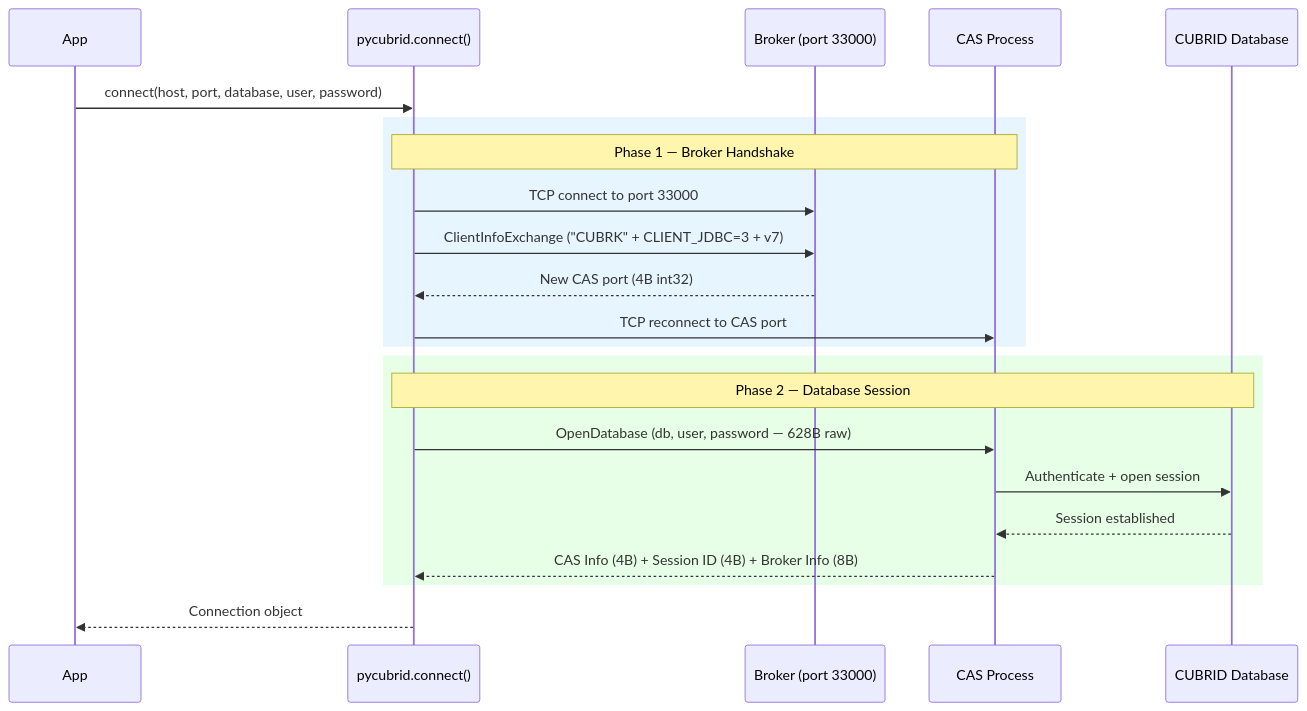
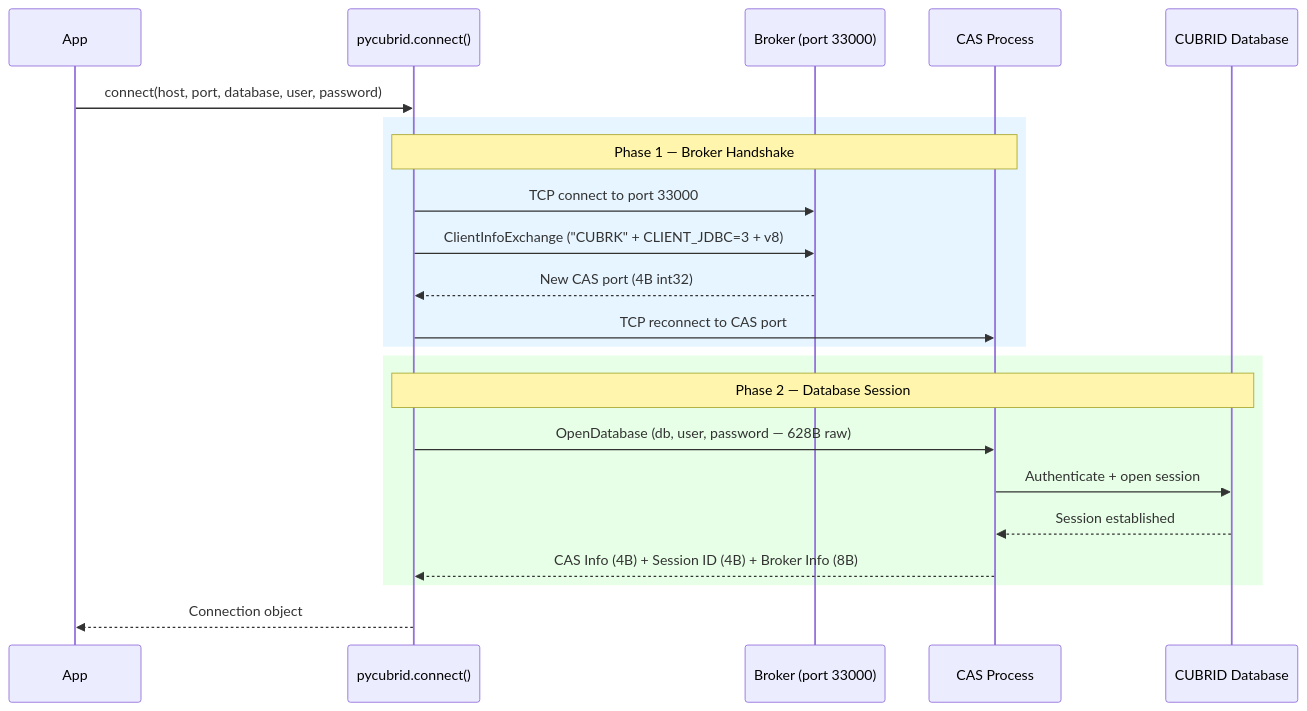
One commit to cubrid-lab/pycubrid changed the first of 5 diagrams in docs/ARCHITECTURE.md. Above: the diagram before and after it, drawn with Mermaid. The commit also changed 6 other files, not shown here.

````diff
--- a/docs/ARCHITECTURE.md
+++ b/docs/ARCHITECTURE.md
@@ -15,25 +15,25 @@
 ```mermaid
 sequenceDiagram
     participant App
     participant pycubrid as pycubrid.connect()
     participant Broker as Broker (port 33000)
     participant CAS as CAS Process
     participant DB as CUBRID Database
     
     App->>pycubrid: connect(host, port, database, user, password)
     rect rgb(230, 245, 255)
       note over pycubrid, CAS: Phase 1 — Broker Handshake
       pycubrid->>Broker: TCP connect to port 33000
-      pycubrid->>Broker: ClientInfoExchange ("CUBRK" + CLIENT_JDBC=3 + v7)
+      pycubrid->>Broker: ClientInfoExchange ("CUBRK" + CLIENT_JDBC=3 + v8)
       Broker-->>pycubrid: New CAS port (4B int32)
       pycubrid->>CAS: TCP reconnect to CAS port
     end
     rect rgb(230, 255, 230)
       note over pycubrid, DB: Phase 2 — Database Session
       pycubrid->>CAS: OpenDatabase (db, user, password — 628B raw)
       CAS->>DB: Authenticate + open session
       DB-->>CAS: Session established
       CAS-->>pycubrid: CAS Info (4B) + Session ID (4B) + Broker Info (8B)
     end
     pycubrid-->>App: Connection object
 ```
````
